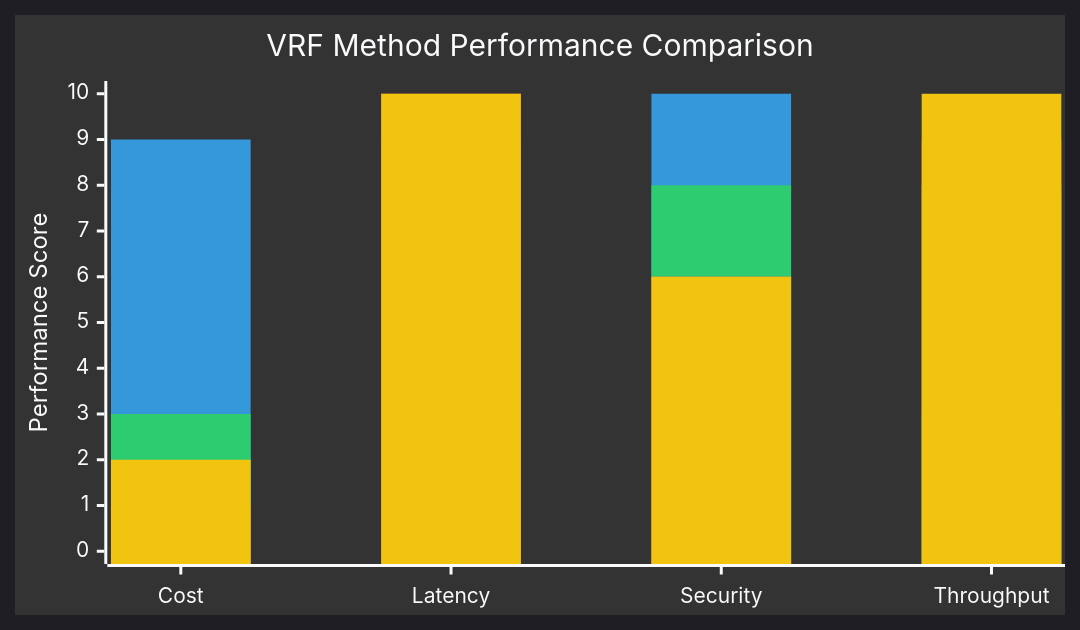
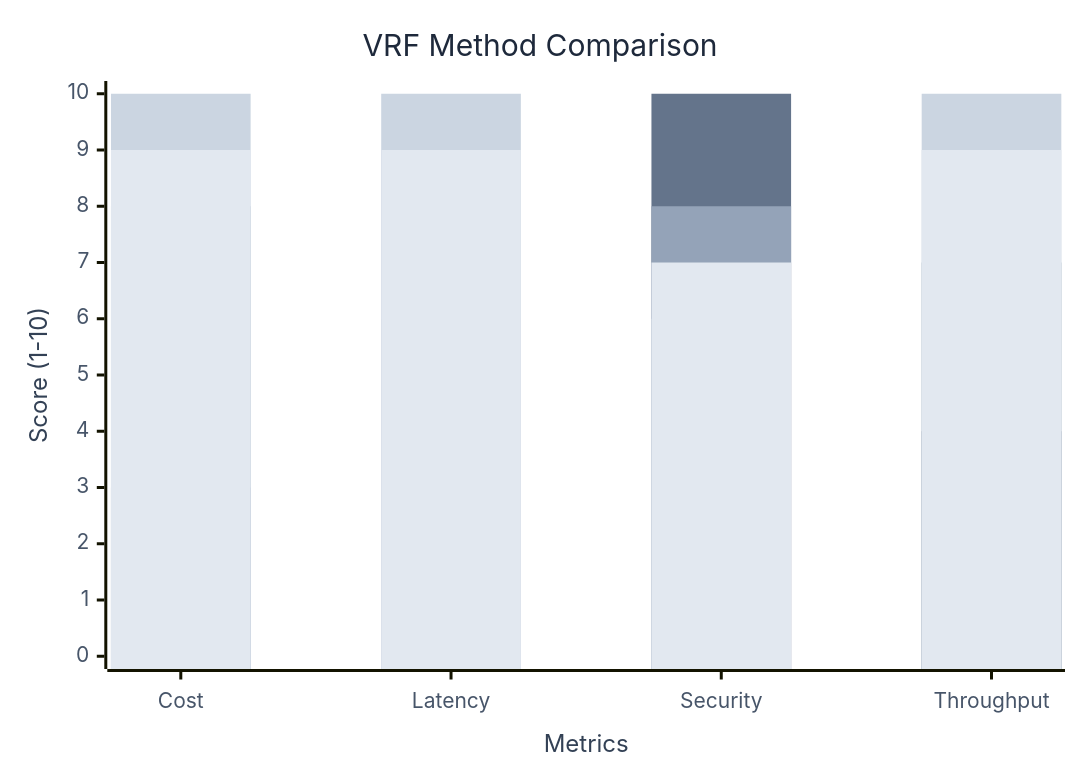
One commit to wenakita/sonicreddragon-docs changed the eighth of 8 diagrams in docs/contracts/core/randomness-provider.md. Above: the diagram before and after it, drawn with Mermaid. The commit also changed other lines of this file and 3 other files, not shown here.

````diff
--- a/docs/contracts/core/randomness-provider.md
+++ b/docs/contracts/core/randomness-provider.md
@@ -637,22 +509,29 @@
 ```mermaid
 %%{init: {
-  'theme': 'dark',
+  'theme': 'base',
   'themeVariables': {
-    'primaryColor': '#1d4ed8',
-    'primaryTextColor': '#f8fafc',
-    'lineColor': '#64748b'
-  },
-  'xyChart': {
-    'width': 700,
-    'height': 400
+    'primaryColor': '#f8fafc',
+    'primaryTextColor': '#334155',
+    'primaryBorderColor': '#64748b',
+    'lineColor': '#64748b',
+    'xyChart': {
+      'backgroundColor': '#ffffff',
+      'titleColor': '#1e293b',
+      'xAxisLabelColor': '#475569',
+      'yAxisLabelColor': '#475569',
+      'xAxisTitleColor': '#334155',
+      'yAxisTitleColor': '#334155',
+      'plotColorPalette': '#64748b,#94a3b8,#cbd5e1,#e2e8f0'
+    }
   }
 }}%%
+
 xychart-beta
-    title "VRF Method Performance Comparison"
-    x-axis ["Cost", "Latency", "Security", "Throughput"]
-    y-axis "Performance Score" 0 --> 10
-    bar [9, 2, 10, 3]
-    bar [3, 9, 8, 8]
-    bar [1, 10, 6, 9]
-    bar [2, 10, 6, 10]
+    title "VRF Method Comparison"
+    x-axis "Metrics" ["Cost", "Latency", "Security", "Throughput"]
+    y-axis "Score (1-10)" 0 --> 10
+    bar "Chainlink VRF" [3, 6, 10, 4]
+    bar "Drand Aggregated" [8, 9, 8, 7]
+    bar "Bucket System" [10, 10, 6, 10]
+    bar "Pool System" [9, 9, 7, 9]
 ```
````
